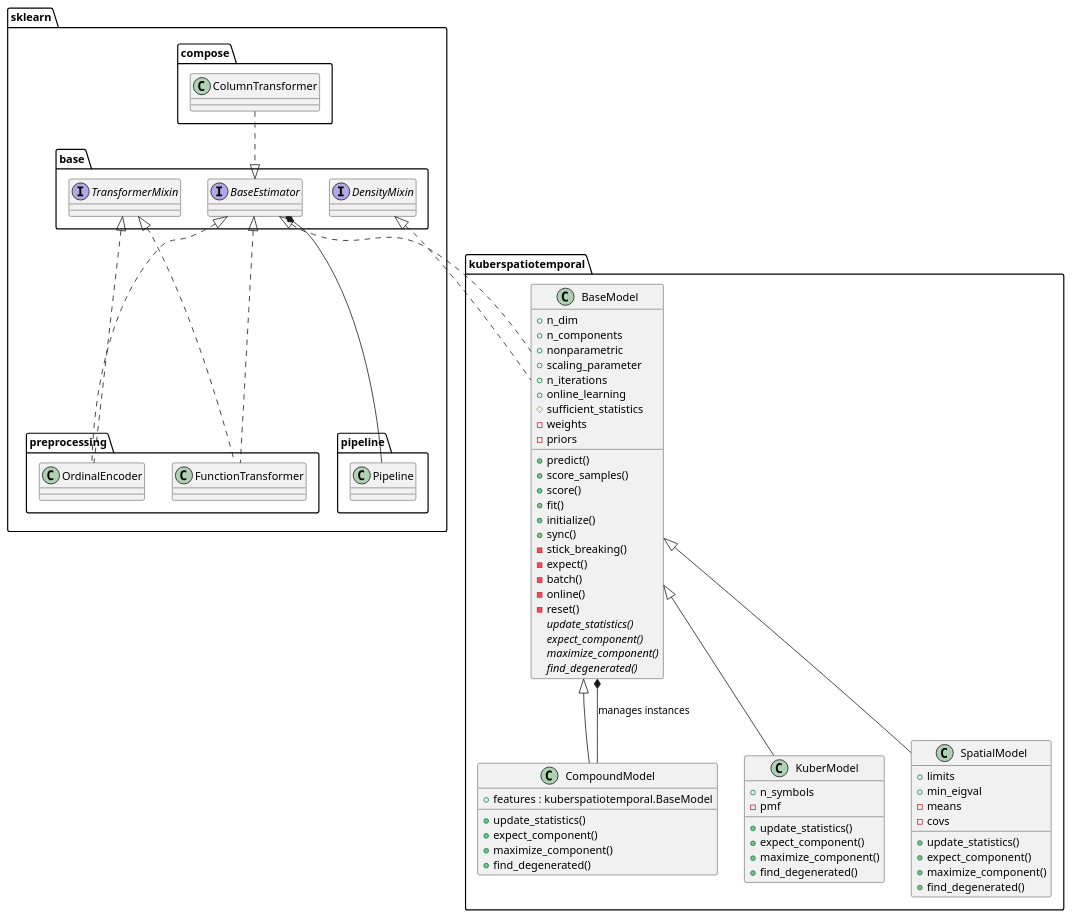
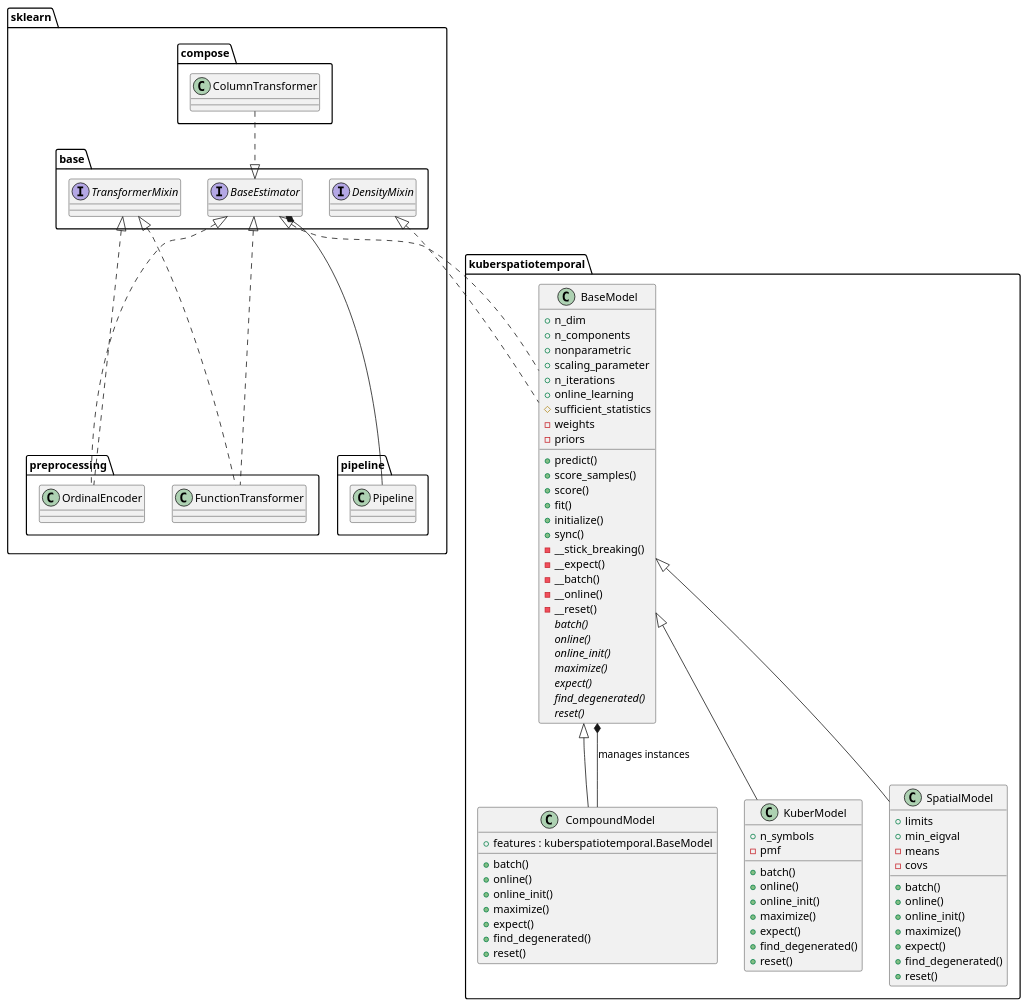
Before and after one commit to yasamansamiee/aiml_troubleshooting: the diagram in doc/source/uml/classes.plantuml, drawn with PlantUML. The commit also changed 6 other files, not shown here.

Commit message:
Update graphs

```diff
--- a/doc/source/uml/classes.plantuml
+++ b/doc/source/uml/classes.plantuml
@@ -1,77 +1,89 @@
 @startuml Class diagram
 kuberspatiotemporal.BaseModel <|-- kuberspatiotemporal.CompoundModel
 kuberspatiotemporal.BaseModel *-- kuberspatiotemporal.CompoundModel : manages instances
 kuberspatiotemporal.BaseModel <|-- kuberspatiotemporal.KuberModel
 kuberspatiotemporal.BaseModel <|-- kuberspatiotemporal.SpatialModel
 sklearn.base.BaseEstimator <|.. kuberspatiotemporal.BaseModel
 sklearn.base.DensityMixin <|.. kuberspatiotemporal.BaseModel
 sklearn.base.TransformerMixin <|.. sklearn.preprocessing.FunctionTransformer
 sklearn.base.TransformerMixin <|.. sklearn.preprocessing.OrdinalEncoder
 sklearn.base.BaseEstimator <|.. sklearn.preprocessing.FunctionTransformer
 sklearn.base.BaseEstimator <|.. sklearn.preprocessing.OrdinalEncoder
 ' sklearn.pipeline.Pipeline --* kuberspatiotemporal.BaseModel
 sklearn.compose.ColumnTransformer ..|> sklearn.base.BaseEstimator
 
 
 sklearn.base.BaseEstimator *-- sklearn.pipeline.Pipeline
 
 interface sklearn.base.BaseEstimator
 interface sklearn.base.DensityMixin
 interface sklearn.base.TransformerMixin
 
 class kuberspatiotemporal.BaseModel {
     + n_dim
     + n_components
     + nonparametric
     + scaling_parameter
     + n_iterations
     + online_learning
     # sufficient_statistics
     - weights
     - priors
     + predict()
     + score_samples()
     + score()
     + fit()
     + initialize()
     + sync()
-    - stick_breaking()
-    - expect()
-    - batch()
-    - online()
-    - reset()
-    {abstract} update_statistics()
-    {abstract} expect_component()
-    {abstract} maximize_component()
+    - __stick_breaking()
+    - __expect()
+    - __batch()
+    - __online()
+    - __reset()
+    {abstract} batch()
+    {abstract} online()
+    {abstract} online_init()
+    {abstract} maximize()
+    {abstract} expect()
     {abstract} find_degenerated()
+    {abstract} reset()
 }
 
 class kuberspatiotemporal.SpatialModel {
     + limits
     + min_eigval
     - means
     - covs
-    + update_statistics()
-    + expect_component()
-    + maximize_component()
+    + batch()
+    + online()
+    + online_init()
+    + maximize()
+    + expect()
     + find_degenerated()
+    + reset()
 }
 
 class kuberspatiotemporal.KuberModel {
     + n_symbols
     - pmf
-    + update_statistics()
-    + expect_component()
-    + maximize_component()
+    + batch()
+    + online()
+    + online_init()
+    + maximize()
+    + expect()
     + find_degenerated()
+    + reset()
 }
 
 class kuberspatiotemporal.CompoundModel {
     + features : kuberspatiotemporal.BaseModel
-    + update_statistics()
-    + expect_component()
-    + maximize_component()
+    + batch()
+    + online()
+    + online_init()
+    + maximize()
+    + expect()
     + find_degenerated()
+    + reset()
 }
 
 @enduml
```
